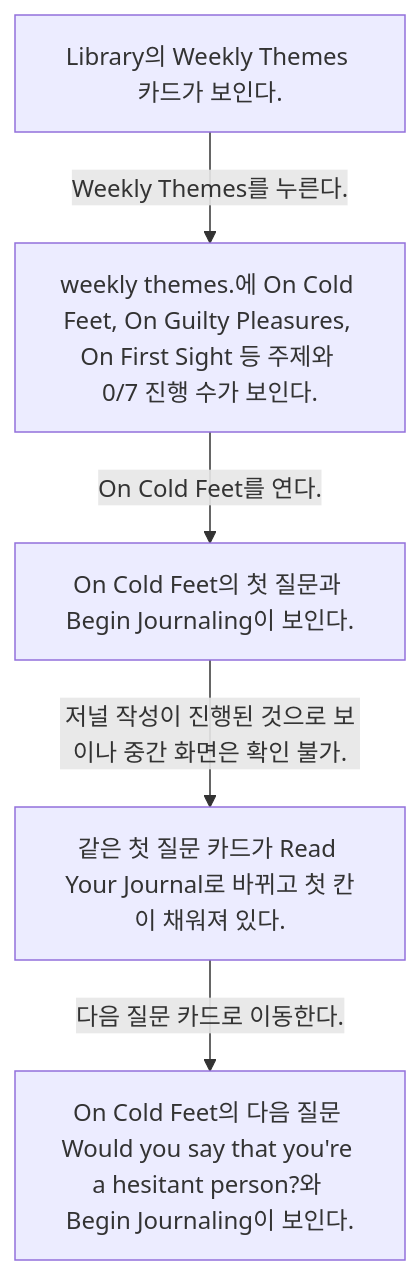
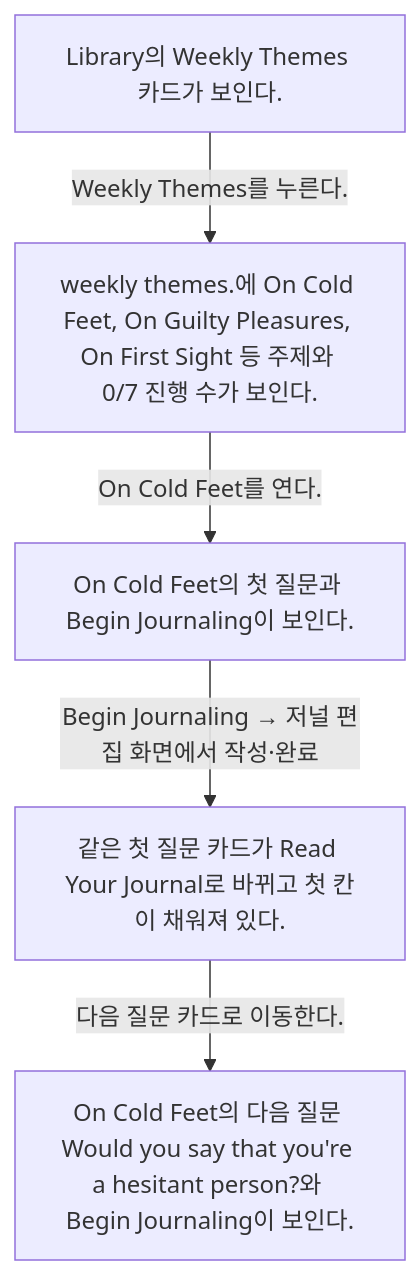
Before and after one commit to Dev-Corgi/Stoic-Build-Clone-Test: the diagram in docs/Stoic/flows/weekly-themes-from-library-de495541/README.md, drawn with Mermaid. The commit also changed other lines of this file and 23 other files, not shown here.

Commit message:
docs: verify Stoic flows with user-confirmed transitions

````diff
--- a/docs/Stoic/flows/weekly-themes-from-library-de495541/README.md
+++ b/docs/Stoic/flows/weekly-themes-from-library-de495541/README.md
@@ -8,12 +8,12 @@
 ```mermaid
 flowchart TD
   S1["Library의 Weekly Themes 카드가 보인다."]
   S1 -->|Weekly Themes를 누른다.| S2
   S2["weekly themes.에 On Cold Feet, On Guilty Pleasures, On First Sight 등 주제와 0/7 진행 수가 보인다."]
   S2 -->|On Cold Feet를 연다.| S3
   S3["On Cold Feet의 첫 질문과 Begin Journaling이 보인다."]
-  S3 -->|저널 작성이 진행된 것으로 보이나 중간 화면은 확인 불가.| S4
+  S3 -->|Begin Journaling → 저널 편집 화면에서 작성·완료| S4
   S4["같은 첫 질문 카드가 Read Your Journal로 바뀌고 첫 칸이 채워져 있다."]
   S4 -->|다음 질문 카드로 이동한다.| S5
   S5["On Cold Feet의 다음 질문 Would you say that you're a hesitant person?와 Begin Journaling이 보인다."]
 ```
````
